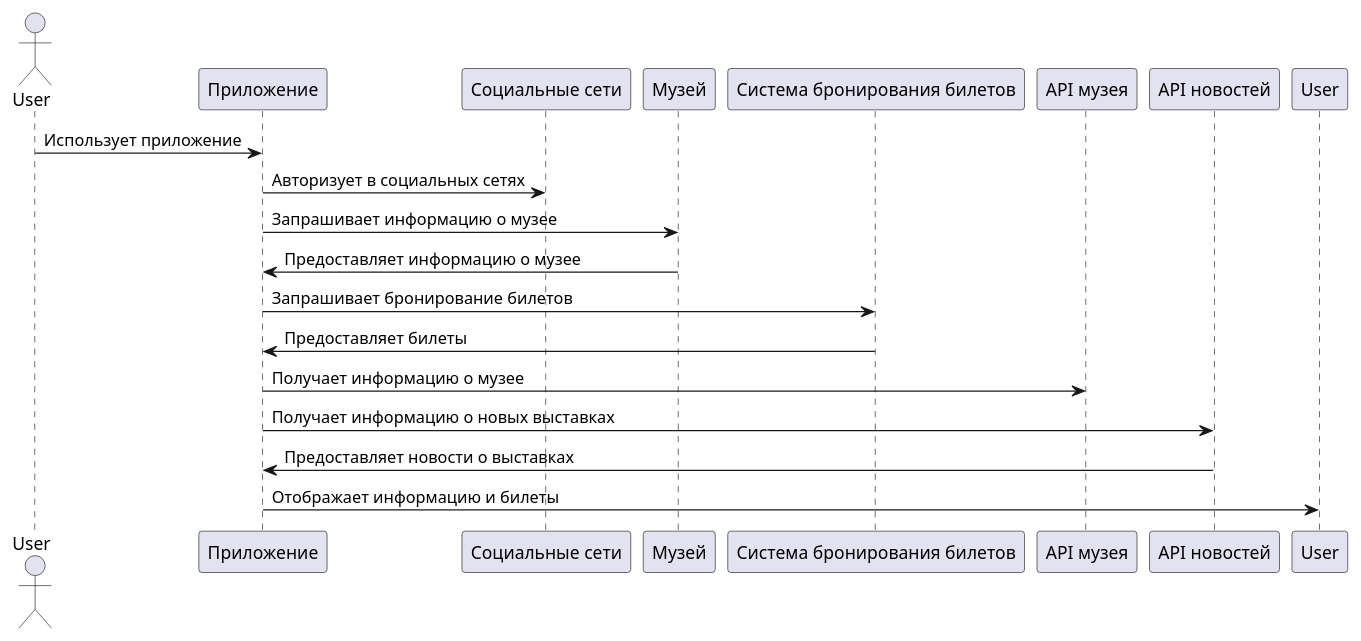
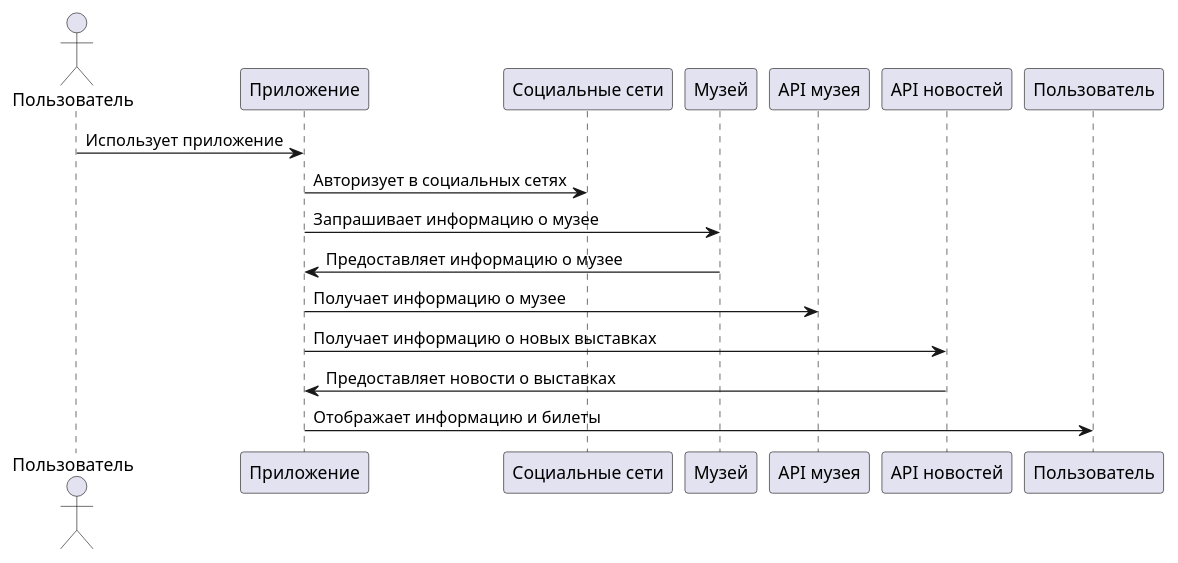
One commit to SynaxIntelligence/sal changed the third of 3 diagrams in topics/general.md. Above: the diagram before and after it, drawn with PlantUML. The commit also changed other lines of this file and 22 other files, not shown here.

Commit message:
- updated use case diagram

````diff
--- a/topics/general.md
+++ b/topics/general.md
@@ -131,24 +124,21 @@
 ```plantuml
 @startuml
 
-actor User as U
+actor Пользователь as U
 participant "Приложение" as App
 participant "Социальные сети" as SocialMedia
 participant "Музей" as Museum
-participant "Система бронирования билетов" as BookingSystem
 participant "API музея" as MuseumAPI
 participant "API новостей" as NewsAPI
 
 U -> App: Использует приложение
 App -> SocialMedia: Авторизует в социальных сетях
 App -> Museum: Запрашивает информацию о музее
 Museum -> App: Предоставляет информацию о музее
-App -> BookingSystem: Запрашивает бронирование билетов
-BookingSystem -> App: Предоставляет билеты
 App -> MuseumAPI: Получает информацию о музее
 App -> NewsAPI: Получает информацию о новых выставках
 NewsAPI -> App: Предоставляет новости о выставках
-App -> User: Отображает информацию и билеты
+App -> Пользователь: Отображает информацию и билеты
 
 @enduml
 ```
````
